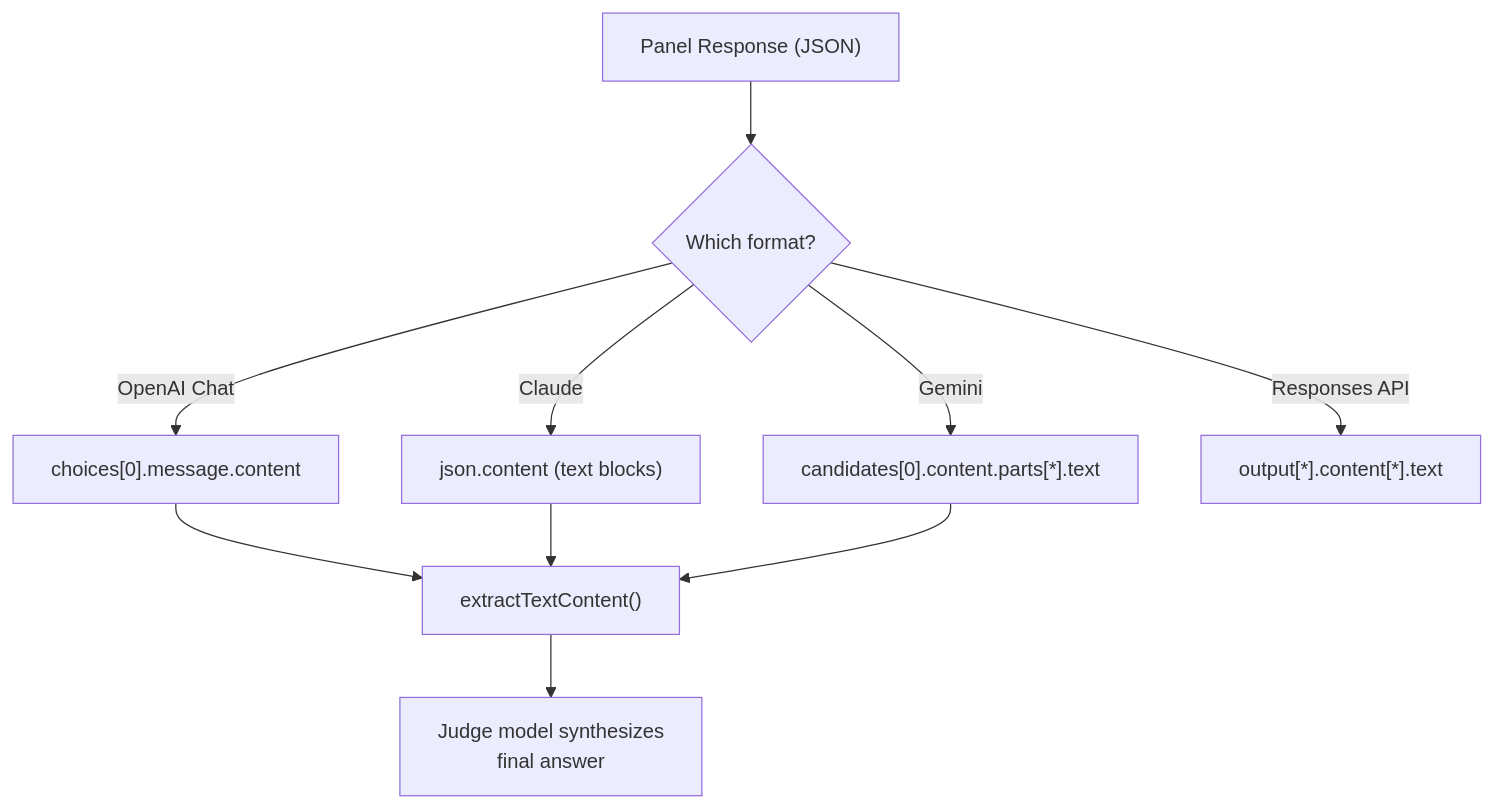
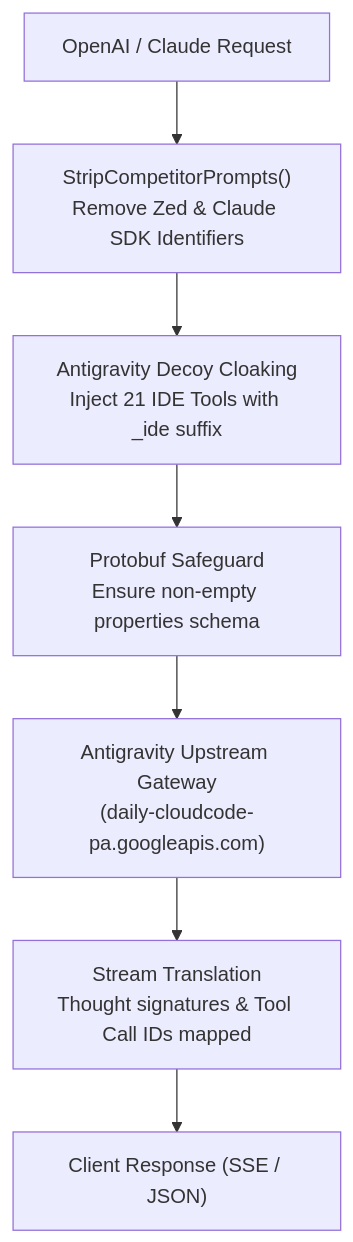
Diagram 11 of 13 in ARCHITECTURE.md (luqman-v1/9router-go), drawn with Mermaid before and after one commit. The commit also changed other lines of this file and 3 other files, not shown here.

Commit message:
docs: update README, COMPARISON, DATABASE, and ARCHITECTURE with latest v1.8.3 features

````diff
--- a/ARCHITECTURE.md
+++ b/ARCHITECTURE.md
@@ -294,13 +296,9 @@
 ```mermaid
 flowchart TD
-    PanelResp["Panel Response (JSON)"] --> PFormat{"Which format?"}
-    PFormat -->|OpenAI Chat| OC["choices[0].message.content"]
-    PFormat -->|Claude| CR["json.content (text blocks)"]
-    PFormat -->|Gemini| GR["candidates[0].content.parts[*].text"]
-    PFormat -->|Responses API| RES["output[*].content[*].text"]
-    
-    OC --> Text["extractTextContent()"]
-    CR --> Text
-    GR --> Text
-    Text --> Judge["Judge model synthesizes\nfinal answer"]
+    In["OpenAI / Claude Request"] --> Strip["StripCompetitorPrompts()\nRemove Zed & Claude SDK Identifiers"]
+    Strip --> Decoy["Antigravity Decoy Cloaking\nInject 21 IDE Tools with _ide suffix"]
+    Decoy --> Validate["Protobuf Safeguard\nEnsure non-empty properties schema"]
+    Validate --> Upstream["Antigravity Upstream Gateway\n(daily-cloudcode-pa.googleapis.com)"]
+    Upstream --> Stream["Stream Translation\nThought signatures & Tool Call IDs mapped"]
+    Stream --> Client["Client Response (SSE / JSON)"]
 ```
````
